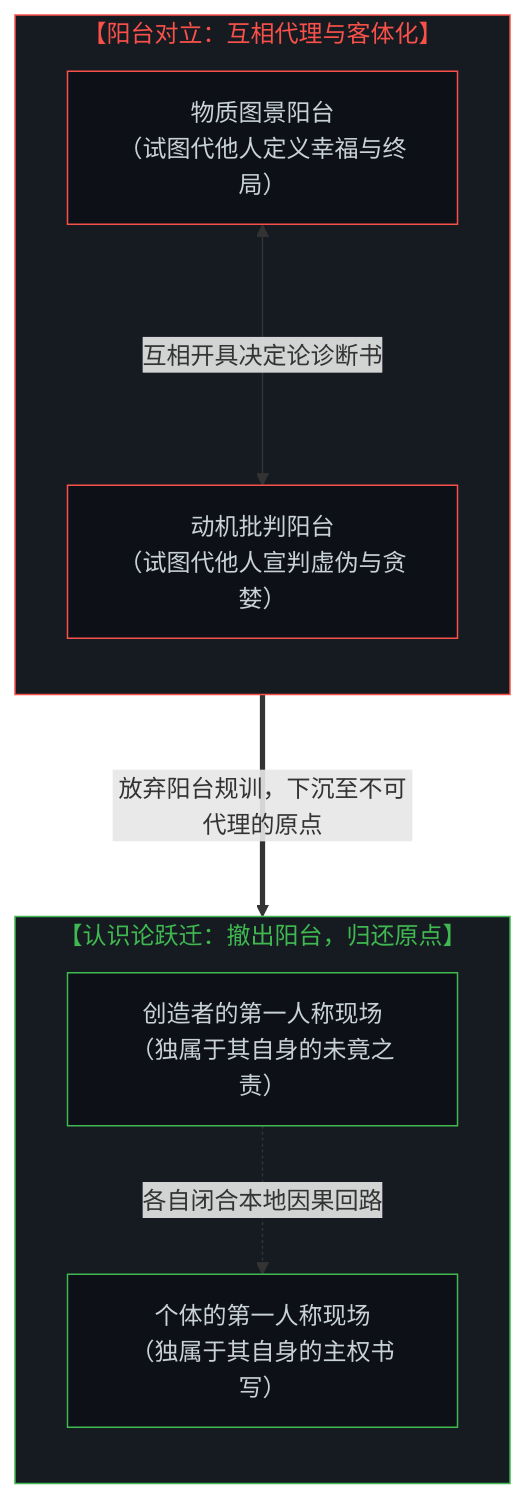
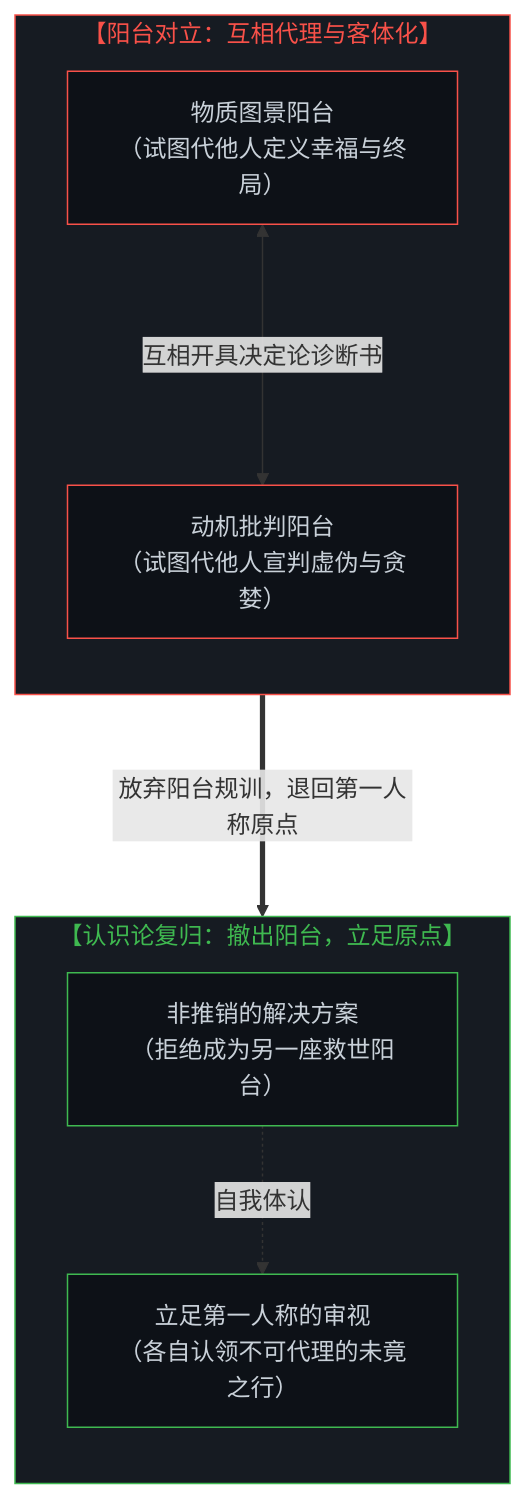
Before and after one commit to powerpig99/not-a-toe: the seventh of 8 diagrams in content/posts/the-balcony-disciplinary-overstep-and-the-unproxyable-act.md, drawn with Mermaid. The commit also changed other lines of this file and 3 other files, not shown here.

````diff
--- a/content/posts/the-balcony-disciplinary-overstep-and-the-unproxyable-act.md
+++ b/content/posts/the-balcony-disciplinary-overstep-and-the-unproxyable-act.md
@@ -327,25 +337,25 @@
 ```mermaid
 graph TD
     subgraph Balconies["【阳台对立：互相代理与客体化】"]
         direction TB
         B1_Node["物质图景阳台<br/>（试图代他人定义幸福与终局）"]
         B2_Node["动机批判阳台<br/>（试图代他人宣判虚伪与贪婪）"]
         B1_Node <--->|"互相开具决定论诊断书"| B2_Node
     end
 
-    subgraph Descent["【认识论跃迁：撤出阳台，归还原点】"]
+    subgraph Descent["【认识论复归：撤出阳台，立足原点】"]
         direction TB
-        Origin1["创造者的第一人称现场<br/>（独属于其自身的未竟之责）"]
-        Origin2["个体的第一人称现场<br/>（独属于其自身的主权书写）"]
-        Origin1 -.->|"各自闭合本地因果回路"| Origin2
+        Origin1["非推销的解决方案<br/>（拒绝成为另一座救世阳台）"]
+        Origin2["立足第一人称的审视<br/>（各自认领不可代理的未竟之行）"]
+        Origin1 -.->|"自我体认"| Origin2
     end
 
-    Balconies ===>|"放弃阳台规训，下沉至不可代理的原点"| Descent
+    Balconies ===>|"放弃阳台规训，退回第一人称原点"| Descent
 
     style Balconies fill:#161b22,stroke:#f85149,stroke-width:1px,color:#f85149
     style Descent fill:#161b22,stroke:#3fb950,stroke-width:1px,color:#3fb950
     style B1_Node fill:#0d1117,stroke:#f85149,stroke-width:1px,color:#c9d1d9
     style B2_Node fill:#0d1117,stroke:#f85149,stroke-width:1px,color:#c9d1d9
     style Origin1 fill:#0d1117,stroke:#3fb950,stroke-width:1px,color:#c9d1d9
     style Origin2 fill:#0d1117,stroke:#3fb950,stroke-width:1px,color:#c9d1d9
 ```
````
